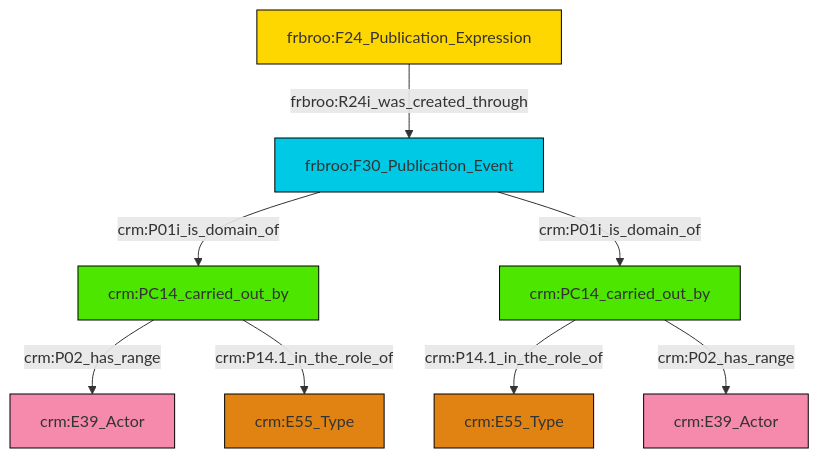
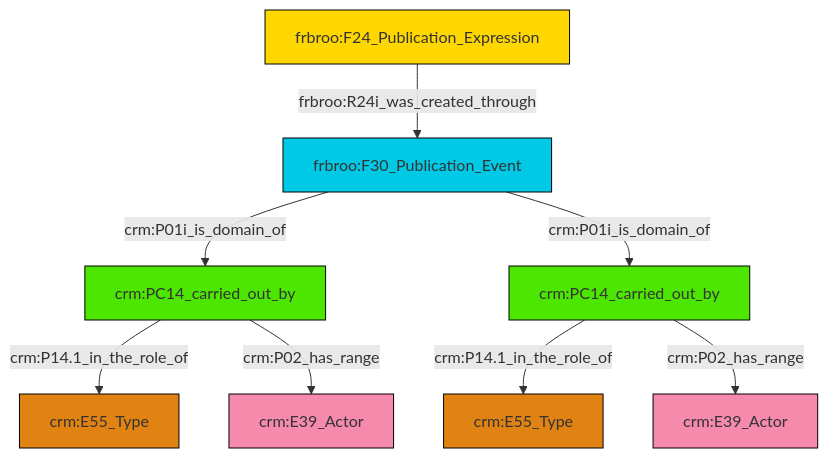
Before and after one commit to swiss-art-research-net/docs.swissartresearch: the diagram in et/biblioCSV/ttl/mmd/biblio_actor_relations.ttl.mmd, drawn with Mermaid. The commit also changed 178 other files, not shown here.

```diff
--- a/et/biblioCSV/ttl/mmd/biblio_actor_relations.ttl.mmd
+++ b/et/biblioCSV/ttl/mmd/biblio_actor_relations.ttl.mmd
@@ -1,22 +1,22 @@
 graph TD
 classDef Literal fill:#f2f2f2,stroke:#000000;
 classDef CRM_Entity fill:#FFFFFF,stroke:#000000;
 classDef Temporal_Entity fill:#00C9E6, stroke:#000000;
 classDef Type fill:#E18312, stroke:#000000;
 classDef Time-Span fill:#2C9C91, stroke:#000000;
 classDef Appellation fill:#FFEB7F, stroke:#000000;
 classDef Place fill:#008836, stroke:#000000;
 classDef Persistent_Item fill:#B266B2, stroke:#000000;
 classDef Conceptual_Object fill:#FFD700, stroke:#000000;
 classDef Physical_Thing fill:#D2B48C, stroke:#000000;
 classDef Actor fill:#f58aad, stroke:#000000;
 classDef PC_Classes fill:#4ce600, stroke:#000000;
 classDef Multi fill:#cccccc,stroke:#000000;
 
-4["frbroo:F30_Publication_Event"]:::Temporal_Entity -->|crm:P01i_is_domain_of| 0["crm:PC14_carried_out_by"]:::PC_Classes
-0["crm:PC14_carried_out_by"]:::PC_Classes -->|crm:P02_has_range| 5["crm:E39_Actor"]:::Actor
-0["crm:PC14_carried_out_by"]:::PC_Classes -->|crm:P14.1_in_the_role_of| 8["crm:E55_Type"]:::Type
-6["crm:PC14_carried_out_by"]:::PC_Classes -->|crm:P14.1_in_the_role_of| 10["crm:E55_Type"]:::Type
-6["crm:PC14_carried_out_by"]:::PC_Classes -->|crm:P02_has_range| 2["crm:E39_Actor"]:::Actor
-4["frbroo:F30_Publication_Event"]:::Temporal_Entity -->|crm:P01i_is_domain_of| 6["crm:PC14_carried_out_by"]:::PC_Classes
-12["frbroo:F24_Publication_Expression"]:::Conceptual_Object -->|frbroo:R24i_was_created_through| 4["frbroo:F30_Publication_Event"]:::Temporal_Entity
+4["frbroo:F24_Publication_Expression"]:::Conceptual_Object -->|frbroo:R24i_was_created_through| 8["frbroo:F30_Publication_Event"]:::Temporal_Entity
+12["crm:PC14_carried_out_by"]:::PC_Classes -->|crm:P14.1_in_the_role_of| 10["crm:E55_Type"]:::Type
+8["frbroo:F30_Publication_Event"]:::Temporal_Entity -->|crm:P01i_is_domain_of| 12["crm:PC14_carried_out_by"]:::PC_Classes
+14["crm:PC14_carried_out_by"]:::PC_Classes -->|crm:P14.1_in_the_role_of| 2["crm:E55_Type"]:::Type
+8["frbroo:F30_Publication_Event"]:::Temporal_Entity -->|crm:P01i_is_domain_of| 14["crm:PC14_carried_out_by"]:::PC_Classes
+12["crm:PC14_carried_out_by"]:::PC_Classes -->|crm:P02_has_range| 0["crm:E39_Actor"]:::Actor
+14["crm:PC14_carried_out_by"]:::PC_Classes -->|crm:P02_has_range| 6["crm:E39_Actor"]:::Actor
```
